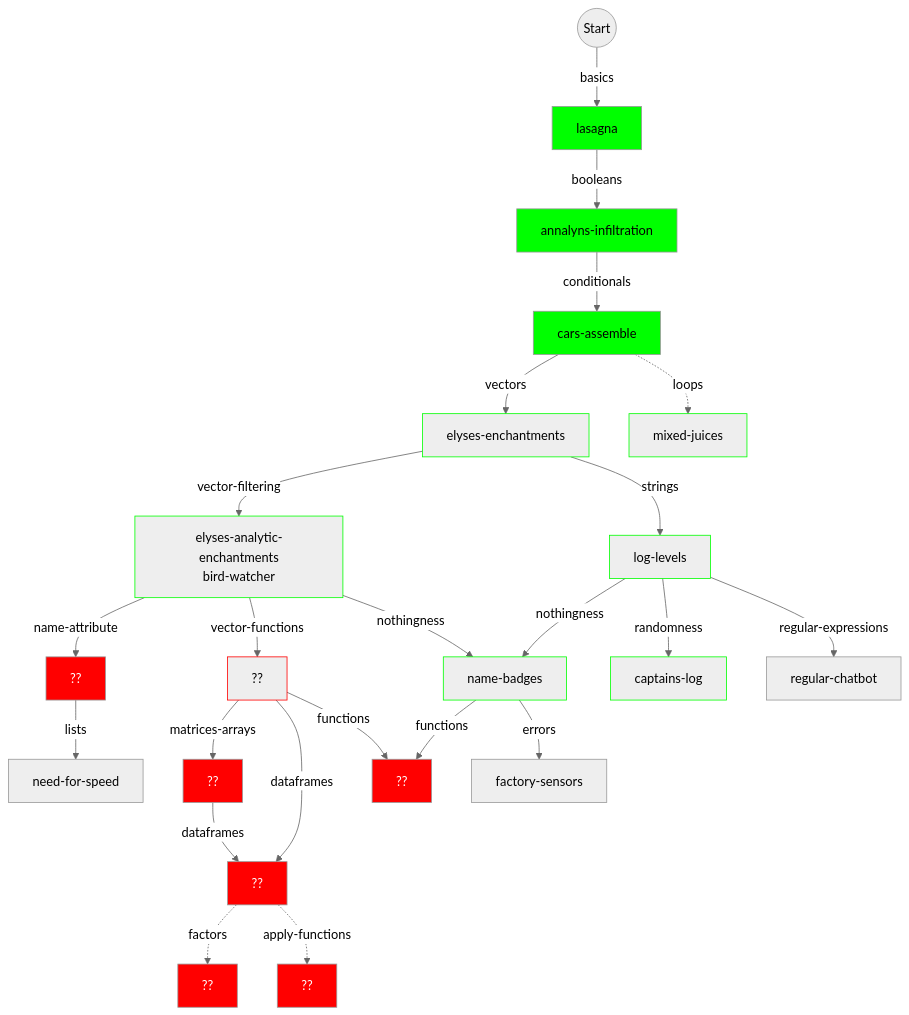
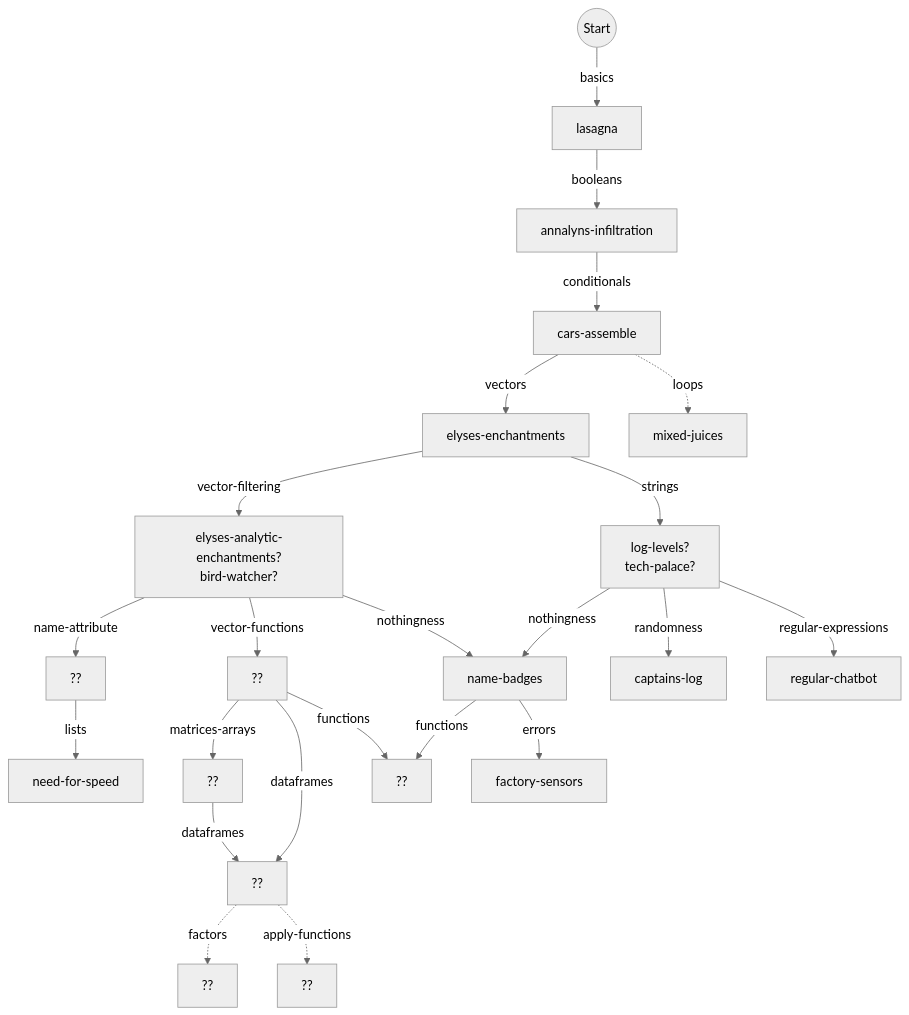
Before and after one commit to colinleach/learning-track-doodles: the diagram in julia/flowchart.md, drawn with Mermaid (neutral theme).

Commit message:
julia flowchart

````diff
--- a/julia/flowchart.md
+++ b/julia/flowchart.md
@@ -11,64 +11,64 @@
 ```mermaid
 graph TD
     
 start(("Start")) --basics--> basics["lasagna"]
-style basics fill:#0f0
+%% style basics fill:#0f0
 
 basics --booleans--> booleans["annalyns-infiltration"]
-style booleans fill:#0f0
+%% style booleans fill:#0f0
 
 booleans --conditionals--> conditionals["cars-assemble"]
-style conditionals fill:#0f0
+%% style conditionals fill:#0f0
 
 conditionals --vectors--> vectors["elyses-enchantments"]
-style vectors stroke:#0f0
+%% style vectors stroke:#0f0
 
 conditionals -.loops.-> loops["mixed-juices"]
-style loops stroke:#0f0
+%% style loops stroke:#0f0
 
 name-attribute --lists--> lists["need-for-speed"]
 
-vectors --vector-filtering--> vector-filtering["elyses-analytic-enchantments<br/>bird-watcher"]
-style vector-filtering stroke:#0f0
+vectors --vector-filtering--> vector-filtering["elyses-analytic-enchantments?<br/>bird-watcher?"]
+%% style vector-filtering stroke:#0f0
 
 vector-filtering --name-attribute--> name-attribute["??"]
-style name-attribute fill:#f00,color:#fff
+%% style name-attribute fill:#f00,color:#fff
 
 vector-filtering --vector-functions--> vector-functions["??"]
-style vector-functions stroke:#f00
+%% style vector-functions stroke:#f00
 
 vector-filtering --nothingness--> nothingness["name-badges"]
-style vector-filtering stroke:#0f0
+%% style vector-filtering stroke:#0f0
 
-vectors --strings--> strings["log-levels"]
-style strings stroke:#0f0
+vectors --strings--> strings["log-levels?<br/>tech-palace?"]
+%% style strings stroke:#0f0
 
 strings --nothingness--> nothingness["name-badges"]
-style nothingness stroke:#0f0
+%% style nothingness stroke:#0f0
 
 strings --randomness--> randomness["captains-log"]
-style randomness stroke:#0f0
+%% style randomness stroke:#0f0
 
 strings --regular-expressions--> regular-expressions["regular-chatbot"]
 
 vector-functions --matrices-arrays--> matrices-arrays["??"]
-style matrices-arrays fill:#f00,color:#fff
+%% style matrices-arrays fill:#f00,color:#fff
 
-style apply-functions fill:#f00,color:#fff
+%% style apply-functions fill:#f00,color:#fff
 
 vector-functions --dataframes--> dataframes["??"]
-style dataframes fill:#f00,color:#fff
+%% style dataframes fill:#f00,color:#fff
 
 matrices-arrays --dataframes--> dataframes
 dataframes -.factors.-> factors["??"]
-style factors fill:#f00,color:#fff
+%% style factors fill:#f00,color:#fff
 
 dataframes -.apply-functions.-> apply-functions["??"]
 
 vector-functions --functions--> functions["??"]
 nothingness --functions--> functions["??"]
-style functions fill:#f00,color:#fff
+%% style functions fill:#f00,color:#fff
 
 nothingness --errors--> errors["factory-sensors "]
 
 ```
````
